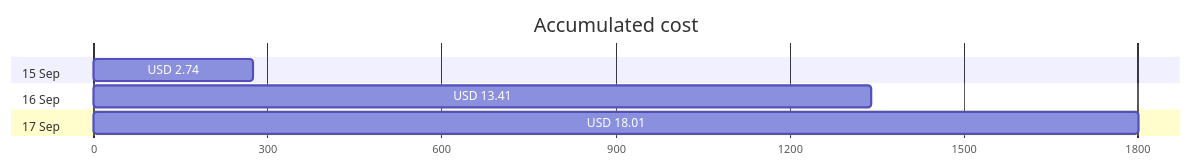
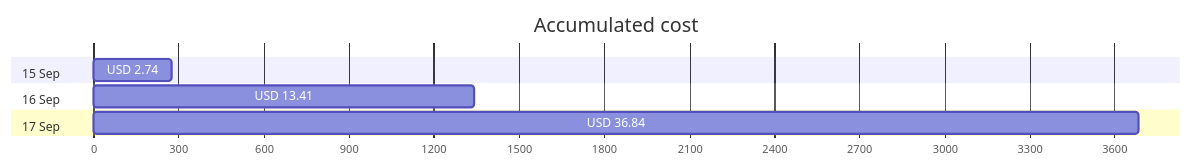
Before and after one commit to jpfulton/azure-personal-reports: the first of 4 diagrams in cost-reports/personal-network/backupstorage32f3.md, drawn with Mermaid. The commit also changed other lines of this file and 17 other files, not shown here.

````diff
--- a/cost-reports/personal-network/backupstorage32f3.md
+++ b/cost-reports/personal-network/backupstorage32f3.md
@@ -20,12 +20,12 @@
 ```mermaid
 gantt
    title Accumulated cost
    dateFormat  X
    axisFormat %s
    section 15 Sep
    USD 2.74 :0, 274
    section 16 Sep
    USD 13.41 :0, 1341
    section 17 Sep
-   USD 18.01 :0, 1801
+   USD 36.84 :0, 3684
 ```
````
